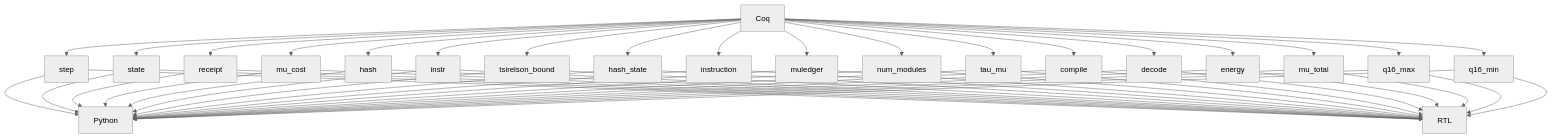
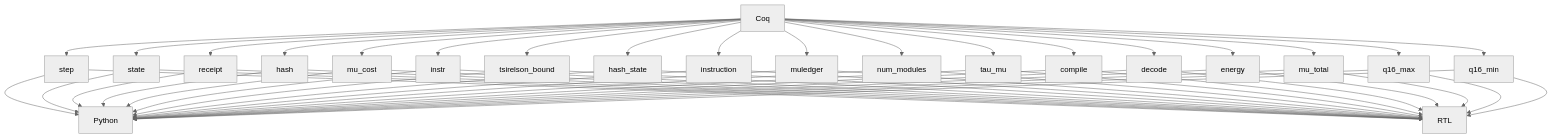
The third of 3 diagrams in artifacts/ATLAS.md (sethirus/The-Thiele-Machine), drawn with Mermaid (neutral theme) before and after one commit. The commit also changed other lines of this file and 11 other files, not shown here.

````diff
--- a/artifacts/ATLAS.md
+++ b/artifacts/ATLAS.md
@@ -738,78 +743,78 @@
 ```mermaid
 flowchart TB
   C["Coq"]
   P["Python"]
   R["RTL"]
   T1["step"]
   C --> T1
   T1 --> P
   T1 --> R
   T2["state"]
   C --> T2
   T2 --> P
   T2 --> R
   T3["receipt"]
   C --> T3
   T3 --> P
   T3 --> R
-  T4["mu_cost"]
+  T4["hash"]
   C --> T4
   T4 --> P
   T4 --> R
-  T5["hash"]
+  T5["mu_cost"]
   C --> T5
   T5 --> P
   T5 --> R
   T6["instr"]
   C --> T6
   T6 --> P
   T6 --> R
   T7["tsirelson_bound"]
   C --> T7
   T7 --> P
   T7 --> R
   T8["hash_state"]
   C --> T8
   T8 --> P
   T8 --> R
   T9["instruction"]
   C --> T9
   T9 --> P
   T9 --> R
   T10["muledger"]
   C --> T10
   T10 --> P
   T10 --> R
   T11["num_modules"]
   C --> T11
   T11 --> P
   T11 --> R
   T12["tau_mu"]
   C --> T12
   T12 --> P
   T12 --> R
   T13["compile"]
   C --> T13
   T13 --> P
   T13 --> R
   T14["decode"]
   C --> T14
   T14 --> P
   T14 --> R
   T15["energy"]
   C --> T15
   T15 --> P
   T15 --> R
   T16["mu_total"]
   C --> T16
   T16 --> P
   T16 --> R
   T17["q16_max"]
   C --> T17
   T17 --> P
   T17 --> R
   T18["q16_min"]
   C --> T18
   T18 --> P
   T18 --> R
 ```
````
